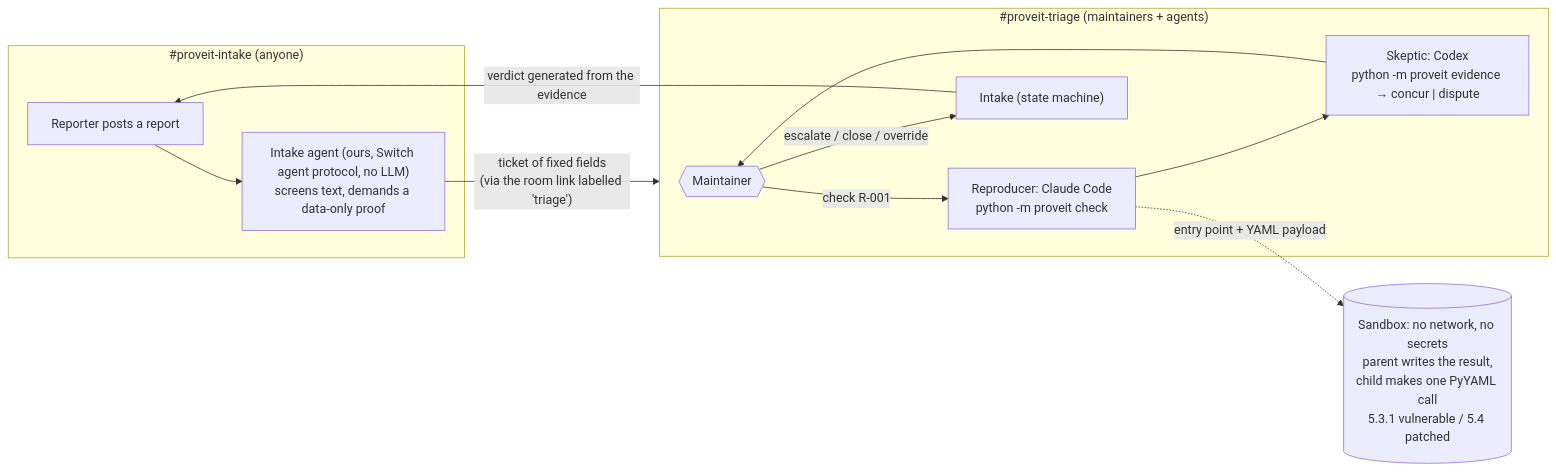
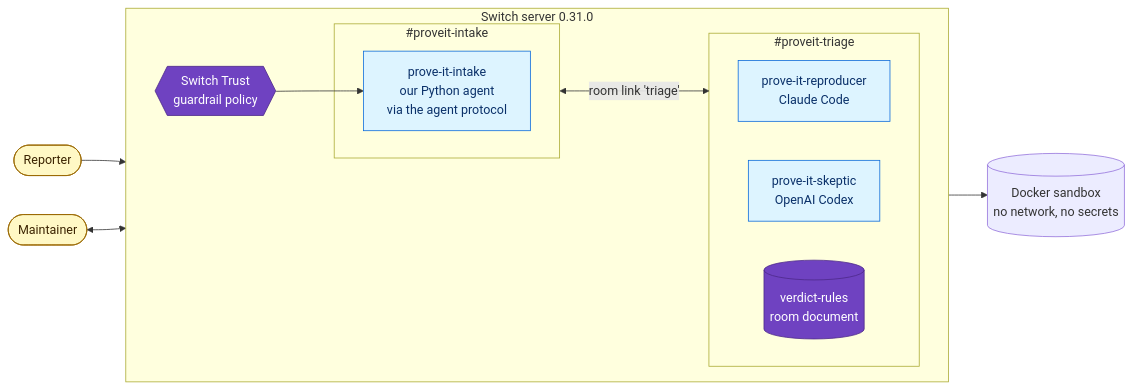
Before and after one commit to Siddharthpandey20/Prove_It-Code_decides-Agents_argue_and_Humans_rule: the second of 5 diagrams in README.md, drawn with Mermaid. The commit also changed other lines of this file and 10 other files, not shown here.

````diff
--- a/README.md
+++ b/README.md
@@ -61,15 +127,28 @@
 ```mermaid
 flowchart LR
-  subgraph I["#proveit-intake (anyone)"]
-    R[Reporter posts a report] --> N["Intake agent (ours, Switch agent protocol, no LLM)<br/>screens text, demands a data-only proof"]
-  end
-  subgraph G["#proveit-triage (maintainers + agents)"]
-    M{{"Maintainer"}} -- "check R-001" --> P["Reproducer: Claude Code<br/>python -m proveit check"]
-    P --> S["Skeptic: Codex<br/>python -m proveit evidence → concur | dispute"]
-    S --> M
-    M -- "escalate / close / override" --> N2["Intake (state machine)"]
-  end
-  N -- "ticket of fixed fields<br/>(via the room link labelled 'triage')" --> G
-  P -. "entry point + YAML payload" .-> X[("Sandbox: no network, no secrets<br/>parent writes the result,<br/>child makes one PyYAML call<br/>5.3.1 vulnerable / 5.4 patched")]
-  N2 -- "verdict generated from the evidence" --> R
+    Reporter([Reporter])
+    Maintainer([Maintainer])
+    subgraph SW["Switch server 0.31.0"]
+        direction LR
+        Trust{{"Switch Trust<br/>guardrail policy"}}
+        subgraph IN["#proveit-intake"]
+            IntakeA["prove-it-intake<br/>our Python agent<br/>via the agent protocol"]
+        end
+        subgraph TR["#proveit-triage"]
+            Repro["prove-it-reproducer<br/>Claude Code"]
+            Skep["prove-it-skeptic<br/>OpenAI Codex"]
+            Doc[("verdict-rules<br/>room document")]
+        end
+        IN <-- "room link 'triage'" --> TR
+    end
+    Sandbox[("Docker sandbox<br/>no network, no secrets")]
+    Reporter --> Trust --> IntakeA
+    Maintainer <--> TR
+    Repro --> Sandbox
+    classDef sw fill:#6f42c1,stroke:#4c2889,color:#ffffff;
+    classDef agent fill:#ddf4ff,stroke:#0969da,color:#0a3069;
+    classDef human fill:#fff8c5,stroke:#9a6700,color:#3b2300;
+    class Trust,Doc sw;
+    class IntakeA,Repro,Skep agent;
+    class Reporter,Maintainer human;
 ```
````
